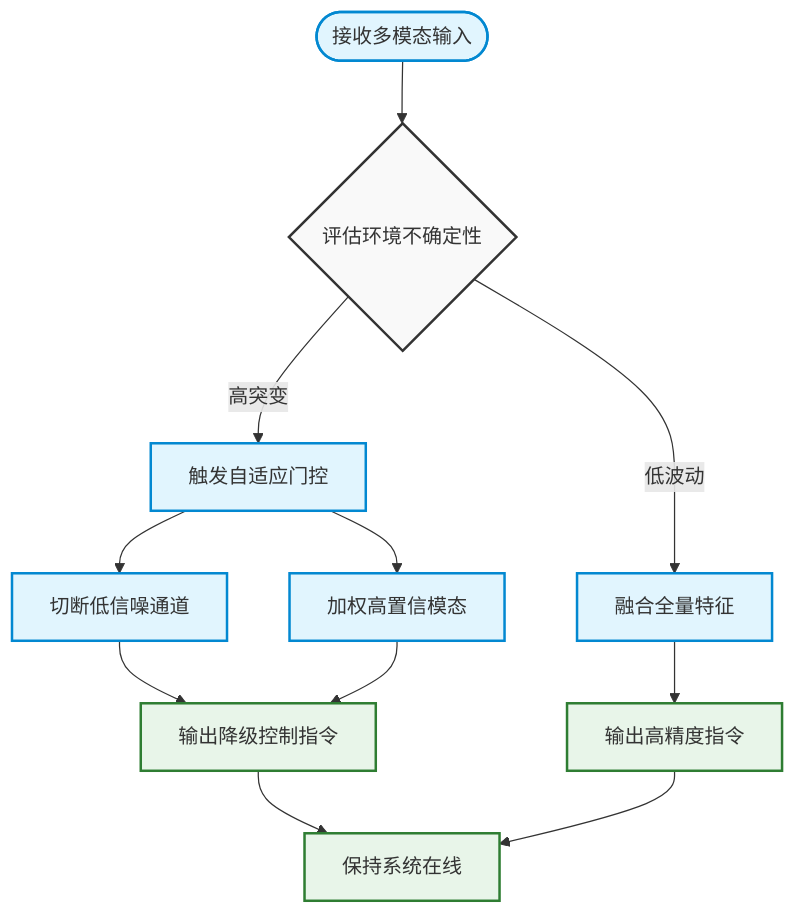
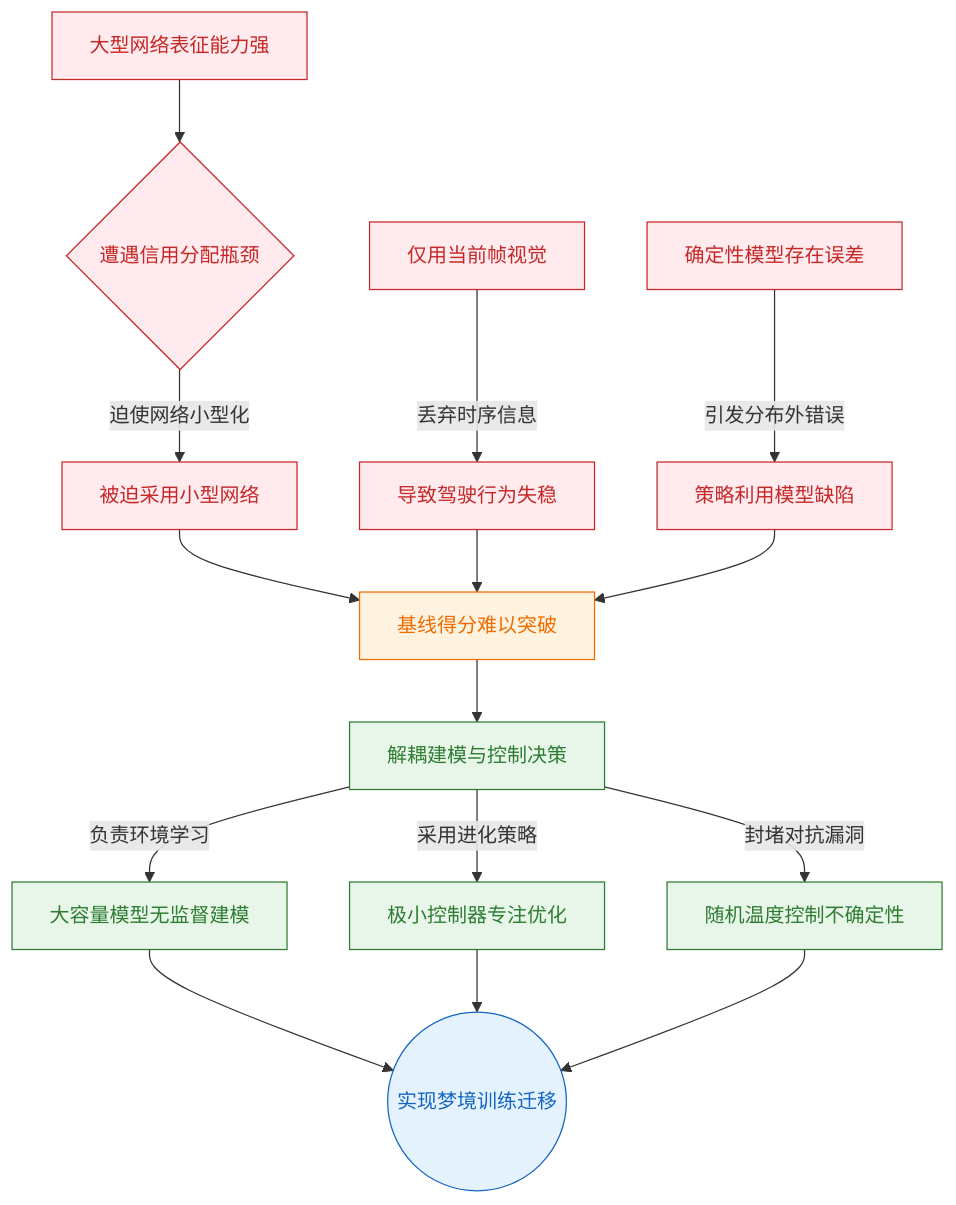
One commit to ShinewineW/paper-rolling changed the first of 11 diagrams in person_vault/2026-06-08_WorldModels_1803.10122/report.md. Above: the diagram before and after it, drawn with Mermaid. The commit also changed other lines of this file and 51 other files, not shown here.

````diff
--- a/person_vault/2026-06-08_WorldModels_1803.10122/report.md
+++ b/person_vault/2026-06-08_WorldModels_1803.10122/report.md
@@ -43,19 +49,25 @@
 ```mermaid
 flowchart TD
-    start_node(["接收多模态输入"]) --> assess{评估环境不确定性}
-    assess -- 低波动 --> static_fusion["融合全量特征"]
-    assess -- 高突变 --> trigger_gate["触发自适应门控"]
-    trigger_gate --> suppress_noise["切断低信噪通道"]
-    trigger_gate --> boost_robust["加权高置信模态"]
-    suppress_noise --> output_control["输出降级控制指令"]
-    boost_robust --> output_control
-    static_fusion --> output_high_acc["输出高精度指令"]
-    output_control --> maintain_online["保持系统在线"]
-    output_high_acc --> maintain_online
-    classDef decision fill:#f9f9f9,stroke:#333,stroke-width:2px;
-    classDef process fill:#e1f5fe,stroke:#0288d1,stroke-width:2px;
-    classDef outcome fill:#e8f5e9,stroke:#2e7d32,stroke-width:2px;
-    class assess decision;
-    class start_node,static_fusion,trigger_gate,suppress_noise,boost_robust process;
-    class output_control,output_high_acc,maintain_online outcome;
+    classDef problem fill:#ffebee,stroke:#c62828,color:#c62828;
+    classDef gap fill:#fff3e0,stroke:#ef6c00,color:#ef6c00;
+    classDef insight fill:#e8f5e9,stroke:#2e7d32,color:#2e7d32;
+    classDef solution fill:#e3f2fd,stroke:#1565c0,color:#1565c0;
+
+    large_rnn["大型网络表征能力强"] --> credit_bottleneck{遭遇信用分配瓶颈}
+    credit_bottleneck -->|迫使网络小型化| small_net["被迫采用小型网络"]
+    current_frame["仅用当前帧视觉"] -->|丢弃时序信息| unstable_drive["导致驾驶行为失稳"]
+    small_net --> baseline_fail["基线得分难以突破"]
+    unstable_drive --> baseline_fail
+    deterministic_flaw["确定性模型存在误差"] -->|引发分布外错误| adversarial_exploit["策略利用模型缺陷"]
+    adversarial_exploit --> baseline_fail
+    baseline_fail --> decouple["解耦建模与控制决策"]
+    decouple -->|负责环境学习| large_vm["大容量模型无监督建模"]
+    decouple -->|采用进化策略| tiny_c["极小控制器专注优化"]
+    decouple -->|封堵对抗漏洞| temp_tau["随机温度控制不确定性"]
+    large_vm & tiny_c & temp_tau --> dream_transfer((实现梦境训练迁移))
+
+    class large_rnn,credit_bottleneck,small_net,current_frame,unstable_drive,deterministic_flaw,adversarial_exploit problem;
+    class baseline_fail gap;
+    class decouple,large_vm,tiny_c,temp_tau insight;
+    class dream_transfer solution;
 ```
````
